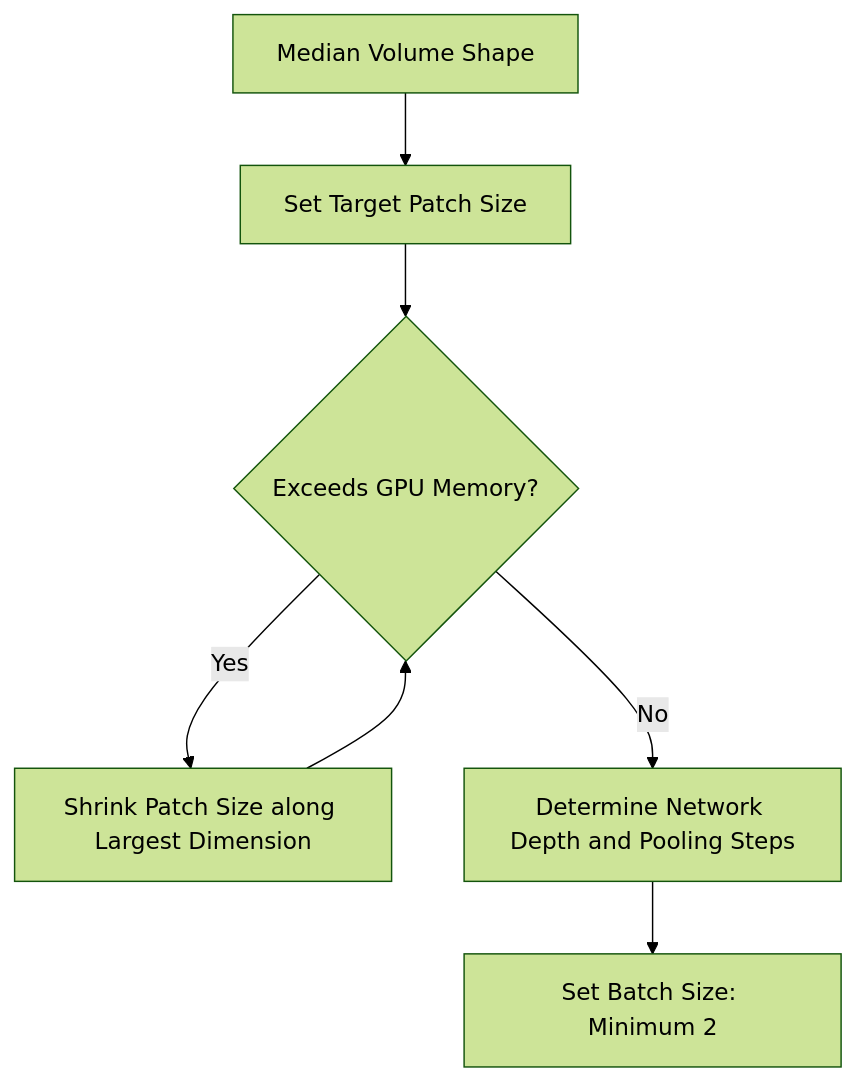
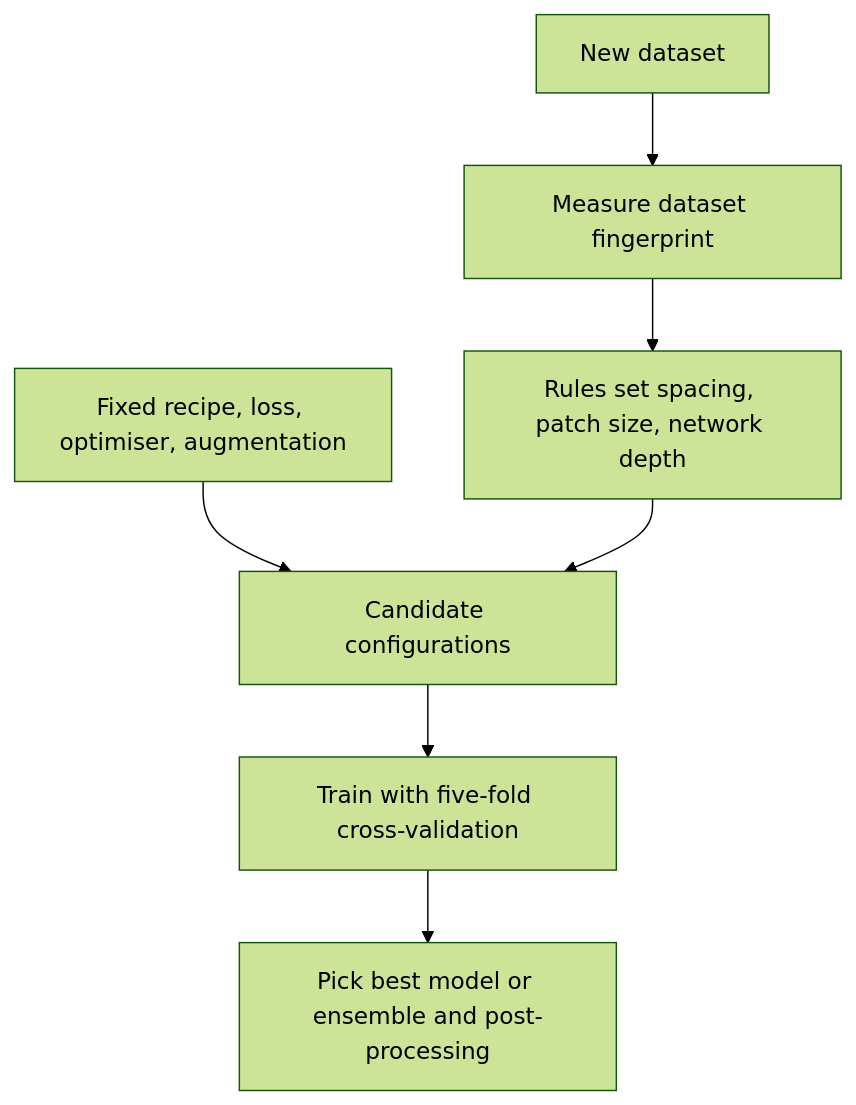
Before and after one commit to Tarunsai08/PaperStack: the diagram in content/papers/nnu-net-a-self-configuring-method-for-deep-learning-based-bi.md, drawn with Mermaid (forest theme). The commit also changed other lines of this file and 7 other files, not shown here.

````diff
--- a/content/papers/nnu-net-a-self-configuring-method-for-deep-learning-based-bi.md
+++ b/content/papers/nnu-net-a-self-configuring-method-for-deep-learning-based-bi.md
@@ -179,9 +87,9 @@
 ```mermaid
 flowchart TD
-    A[Median Volume Shape] --> B[Set Target Patch Size]
-    B --> C{Exceeds GPU Memory?}
-    C -- Yes --> D[Shrink Patch Size along Largest Dimension]
-    D --> C
-    C -- No --> E[Determine Network Depth and Pooling Steps]
-    E --> F[Set Batch Size: Minimum 2]
+  A[New dataset] --> B[Measure dataset fingerprint]
+  B --> C[Rules set spacing, patch size, network depth]
+  D[Fixed recipe, loss, optimiser, augmentation] --> E[Candidate configurations]
+  C --> E
+  E --> F[Train with five-fold cross-validation]
+  F --> G[Pick best model or ensemble and post-processing]
 ```
````
